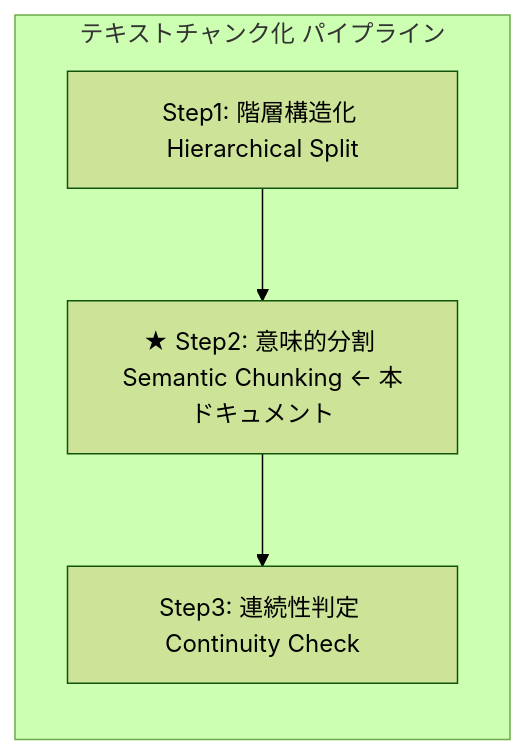
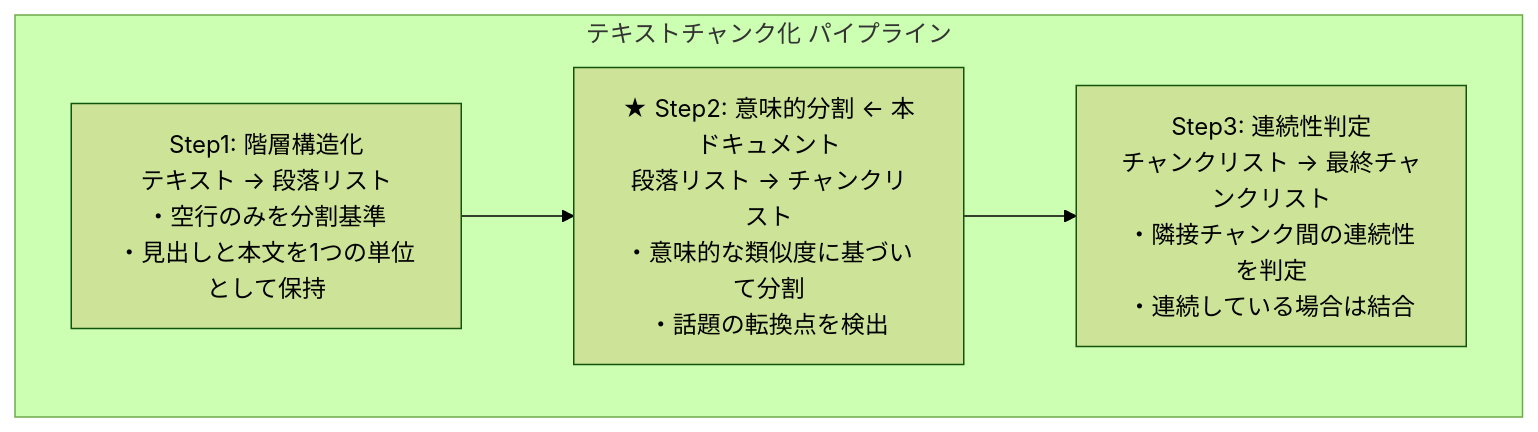
Before and after one commit to nakashima2toshio/gemini_grace_agent: the second of 5 diagrams in chunking/doc/step2.md, drawn with Mermaid (forest theme). The commit also changed other lines of this file and 134 other files, not shown here.

````diff
--- a/chunking/doc/step2.md
+++ b/chunking/doc/step2.md
@@ -38,13 +120,13 @@
 ```mermaid
-graph TD
+flowchart TB
     subgraph PIPELINE["テキストチャンク化 パイプライン"]
-        direction TB
+        STEP1["Step1: 階層構造化<br/>テキスト → 段落リスト<br/>・空行のみを分割基準<br/>・見出しと本文を1つの単位として保持"]
 
-        STEP1["Step1: 階層構造化 Hierarchical Split"]
-        STEP2["★ Step2: 意味的分割 Semantic Chunking ← 本ドキュメント"]
-        STEP3["Step3: 連続性判定 Continuity Check"]
+        STEP2["★ Step2: 意味的分割 ← 本ドキュメント<br/>段落リスト → チャンクリスト<br/>・意味的な類似度に基づいて分割<br/>・話題の転換点を検出"]
+
+        STEP3["Step3: 連続性判定<br/>チャンクリスト → 最終チャンクリスト<br/>・隣接チャンク間の連続性を判定<br/>・連続している場合は結合"]
 
         STEP1 --> STEP2
         STEP2 --> STEP3
     end
 ```
````
